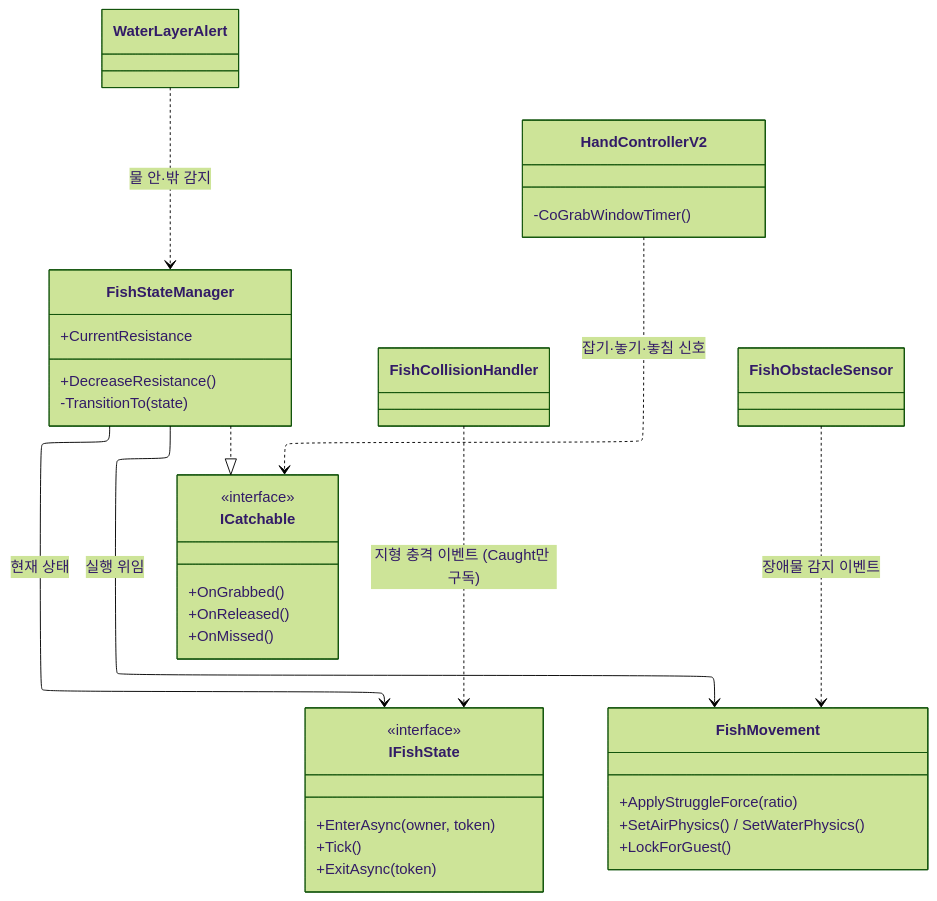
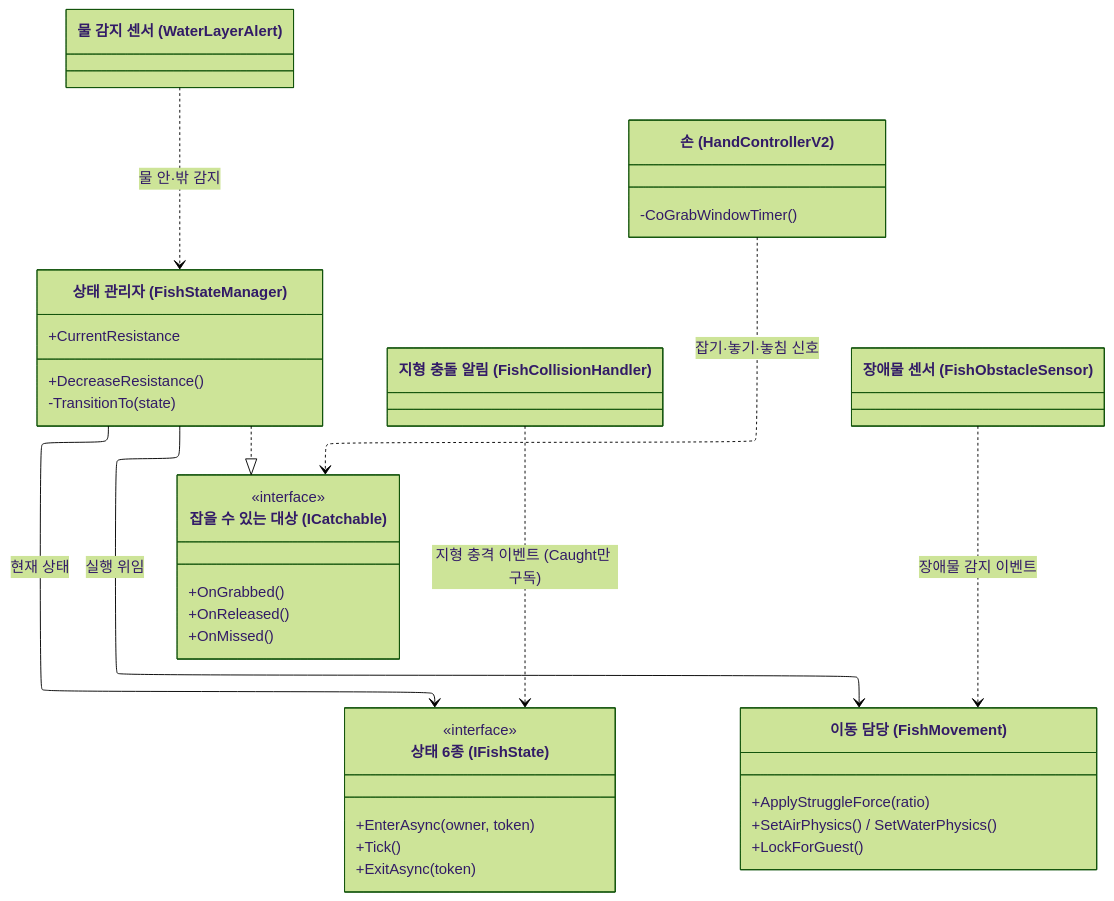
One commit to pinkshield/portfolio changed the second of 5 diagrams in src/2-teamproject-hs/기술문서.md. Above: the diagram before and after it, drawn with Mermaid (forest theme). The commit also changed other lines of this file and 3 other files, not shown here.

````diff
--- a/src/2-teamproject-hs/기술문서.md
+++ b/src/2-teamproject-hs/기술문서.md
@@ -128,36 +192,39 @@
 ```mermaid
 %%{init: {"layout": "elk"}}%%
 classDiagram
-    class ICatchable {
+    class ICatchable["잡을 수 있는 대상 (ICatchable)"] {
         <<interface>>
         +OnGrabbed()
         +OnReleased()
         +OnMissed()
     }
-    class IFishState {
+    class IFishState["상태 6종 (IFishState)"] {
         <<interface>>
         +EnterAsync(owner, token)
         +Tick()
         +ExitAsync(token)
     }
-    class HandControllerV2 {
+    class HandControllerV2["손 (HandControllerV2)"] {
         -CoGrabWindowTimer()
     }
-    class FishStateManager {
+    class FishStateManager["상태 관리자 (FishStateManager)"] {
         +CurrentResistance
         +DecreaseResistance()
         -TransitionTo(state)
     }
-    class FishMovement {
+    class FishMovement["이동 담당 (FishMovement)"] {
         +ApplyStruggleForce(ratio)
         +SetAirPhysics() / SetWaterPhysics()
         +LockForGuest()
     }
+    class FishObstacleSensor["장애물 센서 (FishObstacleSensor)"]
+    class FishCollisionHandler["지형 충돌 알림 (FishCollisionHandler)"]
+    class WaterLayerAlert["물 감지 센서 (WaterLayerAlert)"]
     HandControllerV2 ..> ICatchable : 잡기·놓기·놓침 신호
     FishStateManager ..|> ICatchable
     FishStateManager --> IFishState : 현재 상태
     FishStateManager --> FishMovement : 실행 위임
     FishObstacleSensor ..> FishMovement : 장애물 감지 이벤트
     FishCollisionHandler ..> IFishState : 지형 충격 이벤트 (Caught만 구독)
     WaterLayerAlert ..> FishStateManager : 물 안·밖 감지
 ```
````
